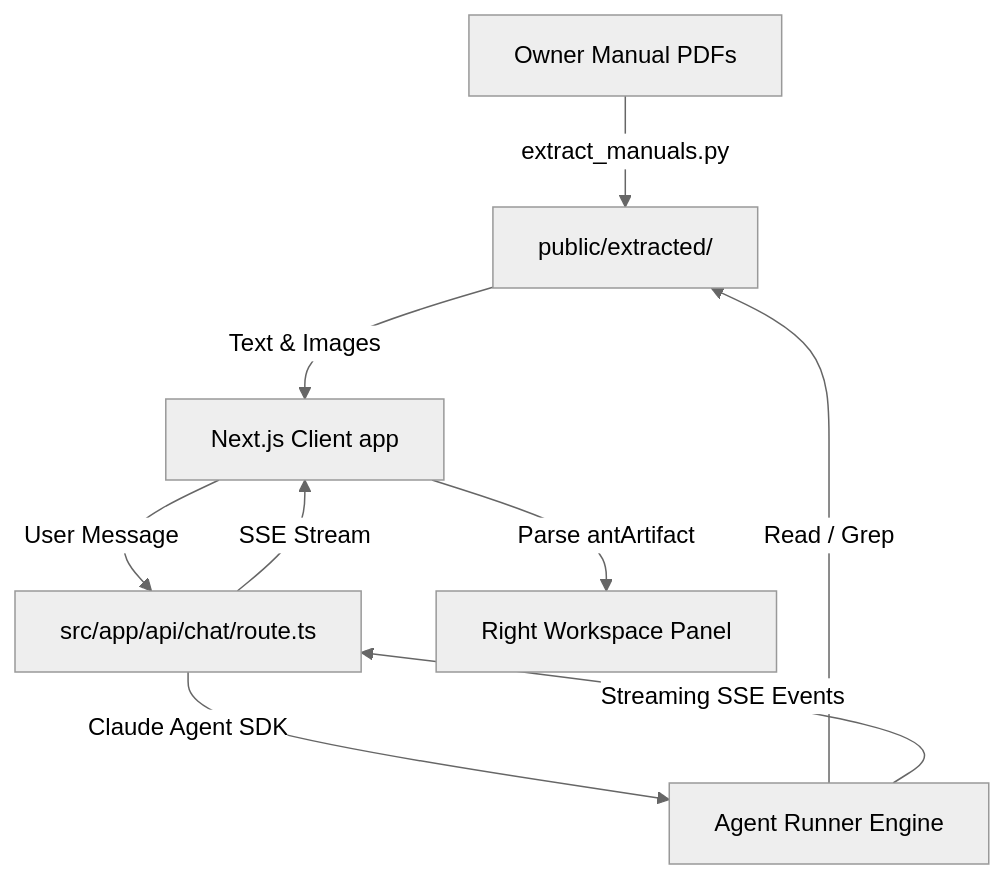
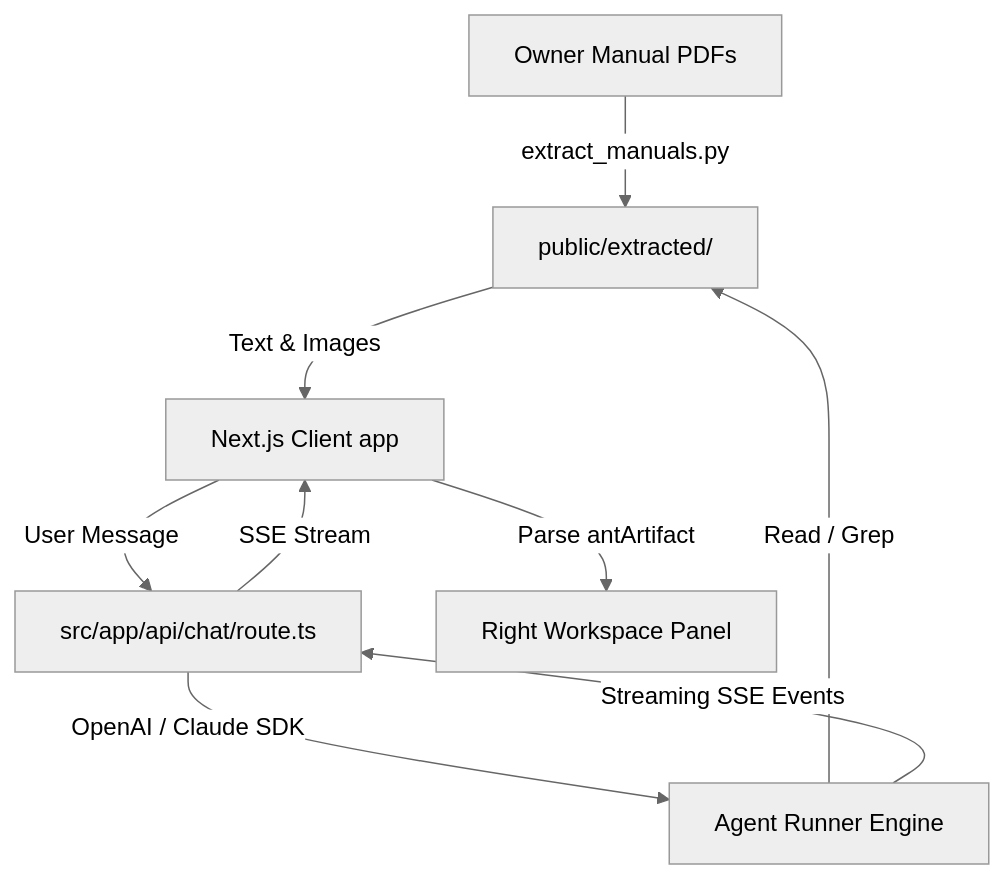
Before and after one commit to Berk-CS/prox-challenge: the diagram in README.md, drawn with Mermaid (neutral theme). The commit also changed other lines of this file and 1 other file, not shown here.

````diff
--- a/README.md
+++ b/README.md
@@ -69,11 +72,11 @@
 ```mermaid
 graph TD
     PDF[Owner Manual PDFs] -->|extract_manuals.py| Extracted[public/extracted/]
     Extracted -->|Text & Images| App[Next.js Client app]
     App -->|User Message| API[src/app/api/chat/route.ts]
-    API -->|Claude Agent SDK| Agent[Agent Runner Engine]
+    API -->|OpenAI / Claude SDK| Agent[Agent Runner Engine]
     Agent -->|Read / Grep| Extracted
     Agent -->|Streaming SSE Events| API
     API -->|SSE Stream| App
     App -->|Parse antArtifact| Preview[Right Workspace Panel]
 ```
````
